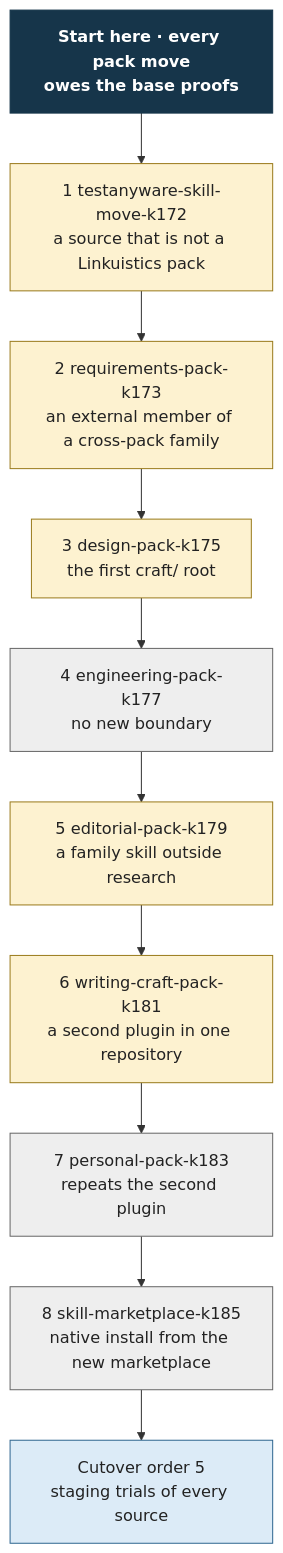
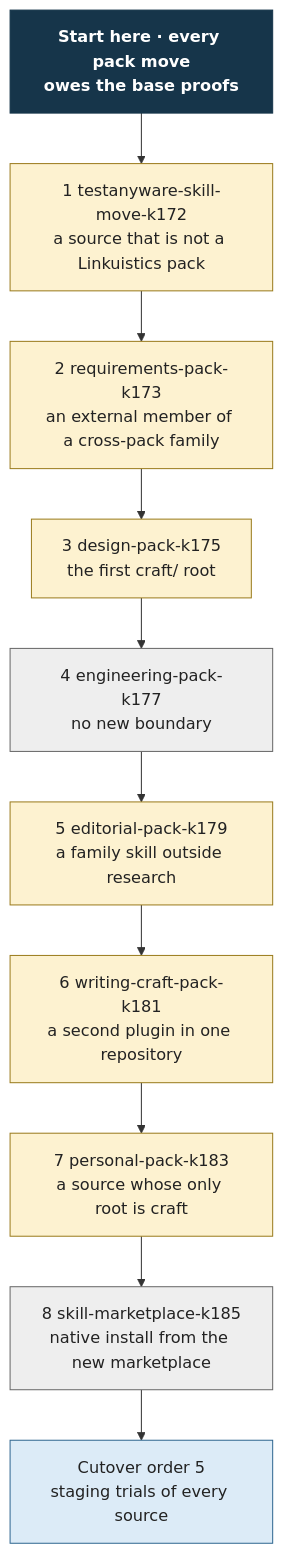
The diagram in docs/design/external-pack-contract/membership-boundaries.mmd (Linkuistics/grove), drawn with Mermaid before and after one commit. The commit also changed 12 other files, not shown here.

```diff
--- a/docs/design/external-pack-contract/membership-boundaries.mmd
+++ b/docs/design/external-pack-contract/membership-boundaries.mmd
@@ -1,20 +1,20 @@
 flowchart TB
     S["Start here · every pack move<br/>owes the base proofs"]
     K172["1 testanyware-skill-move-k172<br/>a source that is not a Linkuistics pack"]
     K173["2 requirements-pack-k173<br/>an external member of a cross-pack family"]
     K175["3 design-pack-k175<br/>the first craft/ root"]
     K177["4 engineering-pack-k177<br/>no new boundary"]
     K179["5 editorial-pack-k179<br/>a family skill outside research"]
     K181["6 writing-craft-pack-k181<br/>a second plugin in one repository"]
-    K183["7 personal-pack-k183<br/>repeats the second plugin"]
+    K183["7 personal-pack-k183<br/>a source whose only root is craft"]
     K185["8 skill-marketplace-k185<br/>native install from the new marketplace"]
     ST["Cutover order 5<br/>staging trials of every source"]
     S --> K172 --> K173 --> K175 --> K177 --> K179 --> K181 --> K183 --> K185 --> ST
     classDef start fill:#16354a,color:#fff,stroke:#16354a,font-weight:bold
     classDef trial fill:#fdf2d0,stroke:#9a7b1c,color:#222
     classDef base fill:#eeeeee,stroke:#666,color:#222
     classDef stage fill:#dcebf7,stroke:#2f6690,color:#222
     class S start
-    class K172,K173,K175,K179,K181 trial
-    class K177,K183,K185 base
+    class K172,K173,K175,K179,K181,K183 trial
+    class K177,K185 base
     class ST stage
```
